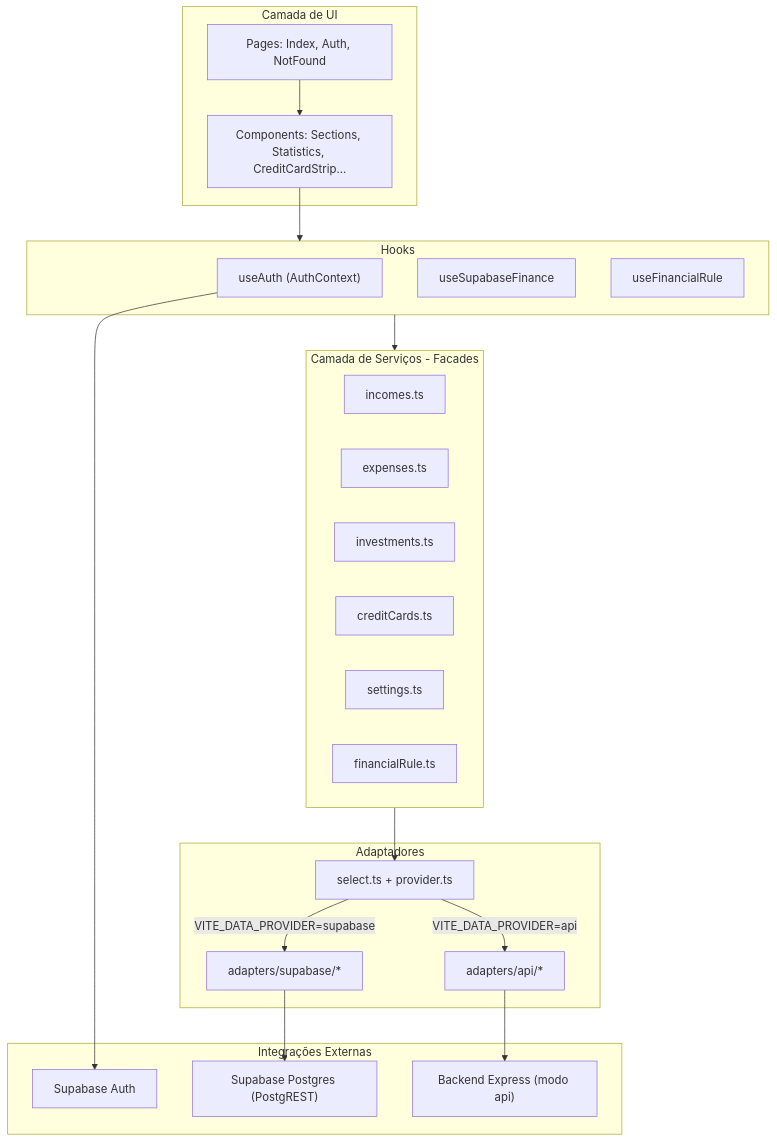
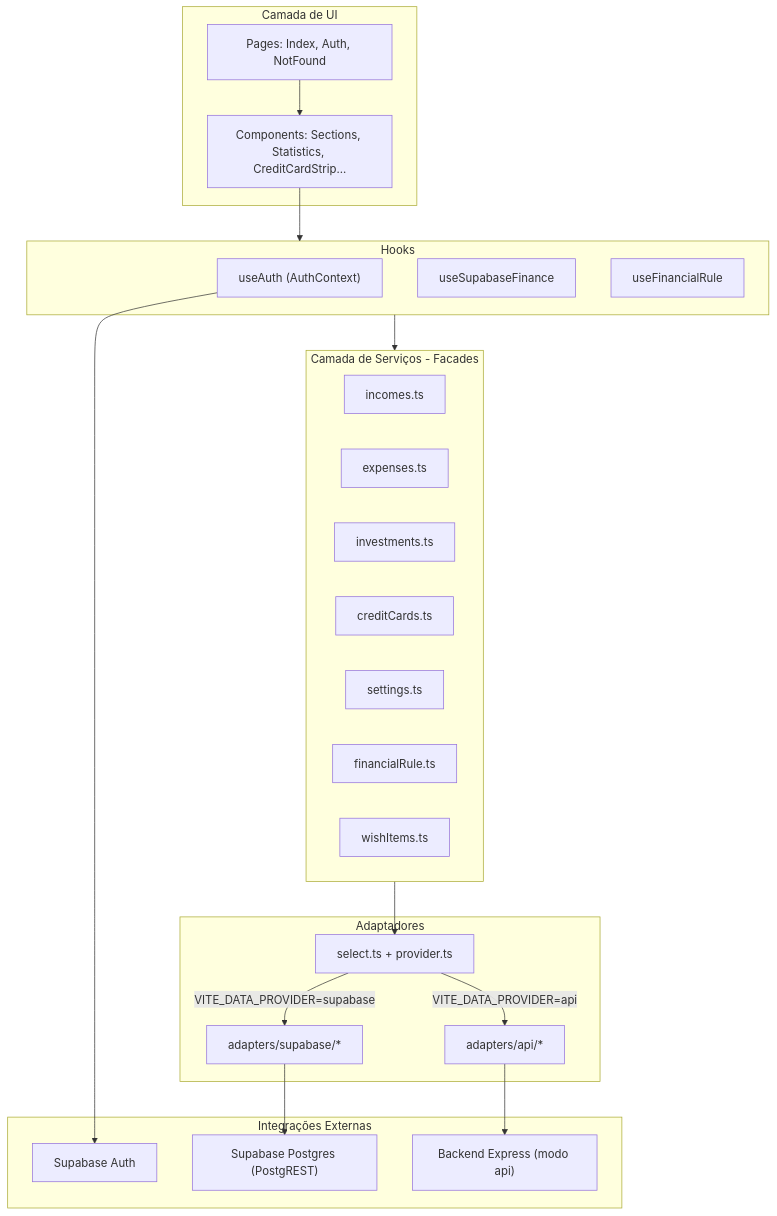
The diagram in docs/ANALISE_FRONTEND_QA.md (vinic-asouza/tidy-month-tracker), drawn with Mermaid before and after one commit. The commit also changed other lines of this file and 27 other files, not shown here.

````diff
--- a/docs/ANALISE_FRONTEND_QA.md
+++ b/docs/ANALISE_FRONTEND_QA.md
@@ -31,44 +31,45 @@
 ```mermaid
 flowchart TB
     subgraph ui [Camada de UI]
         Pages["Pages: Index, Auth, NotFound"]
         Components["Components: Sections, Statistics, CreditCardStrip..."]
     end
 
     subgraph hooks [Hooks]
         useAuth["useAuth (AuthContext)"]
         useSupabaseFinance["useSupabaseFinance"]
         useFinancialRule["useFinancialRule"]
     end
 
     subgraph services [Camada de Serviços - Facades]
         incomes["incomes.ts"]
         expenses["expenses.ts"]
         investments["investments.ts"]
         creditCards["creditCards.ts"]
         settings["settings.ts"]
         financialRule["financialRule.ts"]
+        wishItems["wishItems.ts"]
     end
 
     subgraph adapters [Adaptadores]
         select["select.ts + provider.ts"]
         supabaseAdapter["adapters/supabase/*"]
         apiAdapter["adapters/api/*"]
     end
 
     subgraph external [Integrações Externas]
         SupabaseAuth["Supabase Auth"]
         SupabaseDB["Supabase Postgres (PostgREST)"]
         ExpressAPI["Backend Express (modo api)"]
     end
 
     Pages --> Components
     Components --> hooks
     hooks --> services
     services --> select
     select -->|VITE_DATA_PROVIDER=supabase| supabaseAdapter
     select -->|VITE_DATA_PROVIDER=api| apiAdapter
     useAuth --> SupabaseAuth
     supabaseAdapter --> SupabaseDB
     apiAdapter --> ExpressAPI
 ```
````
